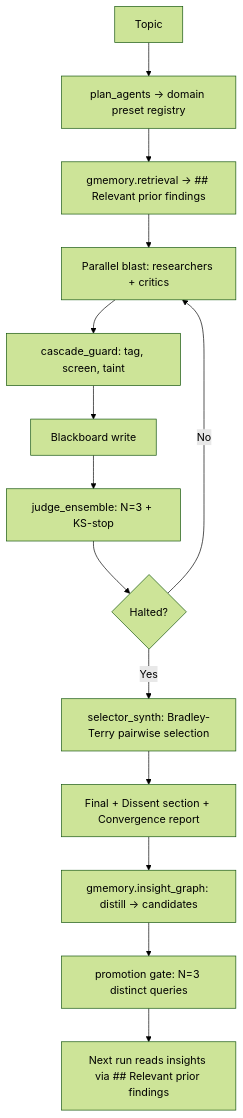
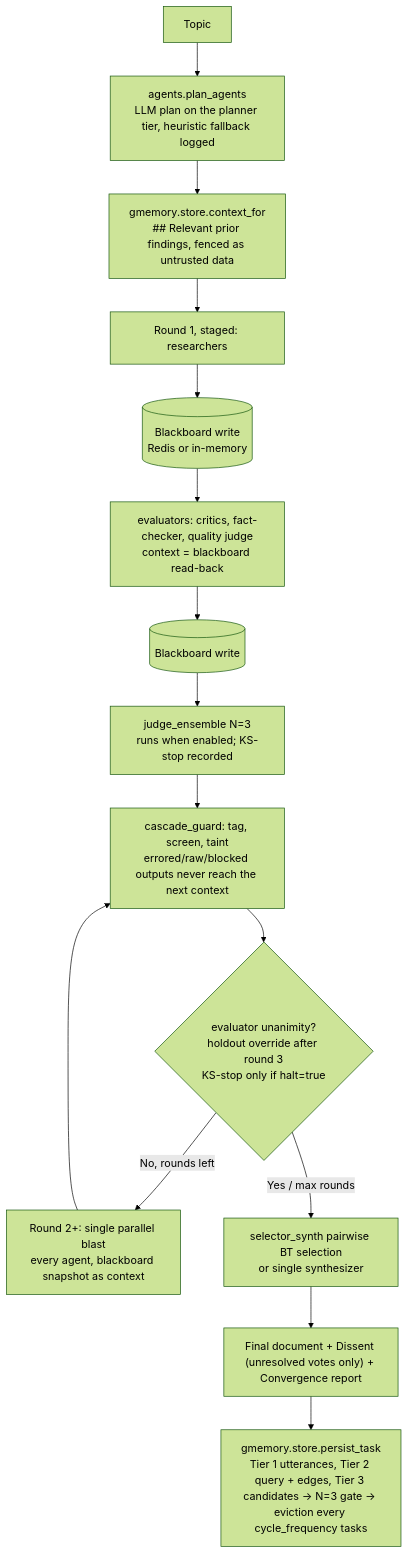
The diagram in README.md (Joona-t/blitz-swarm), drawn with Mermaid (forest theme) before and after one commit. The commit also changed other lines of this file and 36 other files, not shown here.

````diff
--- a/README.md
+++ b/README.md
@@ -42,16 +44,17 @@
 ```mermaid
 flowchart TD
-    Topic[Topic] --> Plan[plan_agents -> domain preset registry]
-    Plan --> Memory[gmemory.retrieval -> ## Relevant prior findings]
-    Memory --> Blast[Parallel blast: researchers + critics]
-    Blast --> Guard[cascade_guard: tag, screen, taint]
-    Guard --> BB[Blackboard write]
-    BB --> Judge[judge_ensemble: N=3 + KS-stop]
-    Judge --> Decide{Halted?}
-    Decide -->|No| Blast
-    Decide -->|Yes| Synth[selector_synth: Bradley-Terry pairwise selection]
-    Synth --> Output[Final + Dissent section + Convergence report]
-    Output --> Insights[gmemory.insight_graph: distill -> candidates]
-    Insights --> Promote[promotion gate: N=3 distinct queries]
-    Promote --> NextRun[Next run reads insights via ## Relevant prior findings]
+    Topic["Topic"] --> Plan["agents.plan_agents<br/>LLM plan on the planner tier, heuristic fallback logged"]
+    Plan --> Mem["gmemory.store.context_for<br/>## Relevant prior findings, fenced as untrusted data"]
+    Mem --> R1["Round 1, staged: researchers"]
+    R1 --> BB1[("Blackboard write<br/>Redis or in-memory")]
+    BB1 --> E1["evaluators: critics, fact-checker, quality judge<br/>context = blackboard read-back"]
+    E1 --> BB2[("Blackboard write")]
+    BB2 --> J1["judge_ensemble N=3<br/>runs when enabled; KS-stop recorded"]
+    J1 --> Guard["cascade_guard: tag, screen, taint<br/>errored/raw/blocked outputs never reach the next context"]
+    Guard --> Check{"evaluator unanimity?<br/>holdout override after round 3<br/>KS-stop only if halt=true"}
+    Check -->|No, rounds left| Blast["Round 2+: single parallel blast<br/>every agent, blackboard snapshot as context"]
+    Blast --> Guard
+    Check -->|Yes / max rounds| Synth["selector_synth pairwise BT selection<br/>or single synthesizer"]
+    Synth --> Out["Final document + Dissent (unresolved votes only) + Convergence report"]
+    Out --> Persist["gmemory.store.persist_task<br/>Tier 1 utterances, Tier 2 query + edges, Tier 3 candidates → N=3 gate → eviction every cycle_frequency tasks"]
 ```
````
